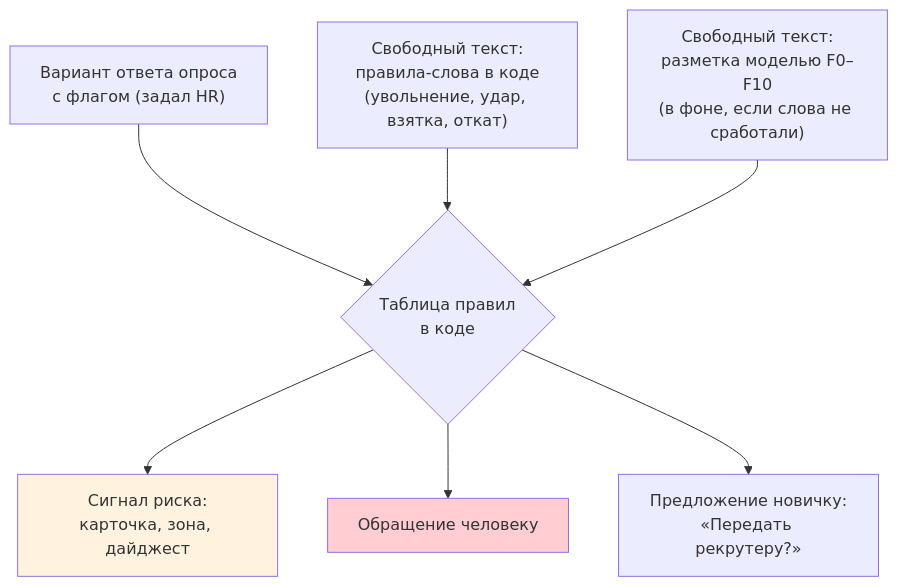
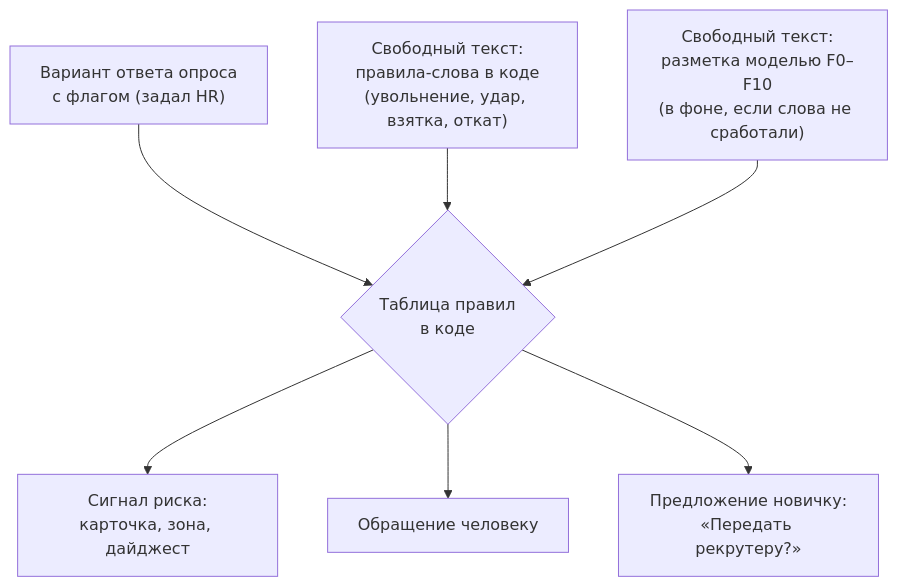
The first of 2 diagrams in agency/system/Human/07-risk-and-escalation.md (kunak-agency/polyplastic-bot), drawn with Mermaid before and after one commit. The commit also changed 6 other files, not shown here.

Commit message:
Документы для человека: схема «Из чего состоит система» без двусторонних стрелок и раскраски — рендерится в старых просмотрщиках Mermaid

````diff
--- a/agency/system/Human/07-risk-and-escalation.md
+++ b/agency/system/Human/07-risk-and-escalation.md
@@ -26,11 +26,9 @@
 ```mermaid
 flowchart TD
     A["Вариант ответа опроса<br/>с флагом (задал HR)"] --> D{"Таблица правил<br/>в коде"}
     B["Свободный текст:<br/>правила-слова в коде<br/>(увольнение, удар, взятка, откат)"] --> D
     C["Свободный текст:<br/>разметка моделью F0–F10<br/>(в фоне, если слова не сработали)"] --> D
     D --> S["Сигнал риска:<br/>карточка, зона, дайджест"]
     D --> T["Обращение человеку"]
     D --> O["Предложение новичку:<br/>«Передать рекрутеру?»"]
-    style S fill:#fff3e0
-    style T fill:#ffcdd2
 ```
````
